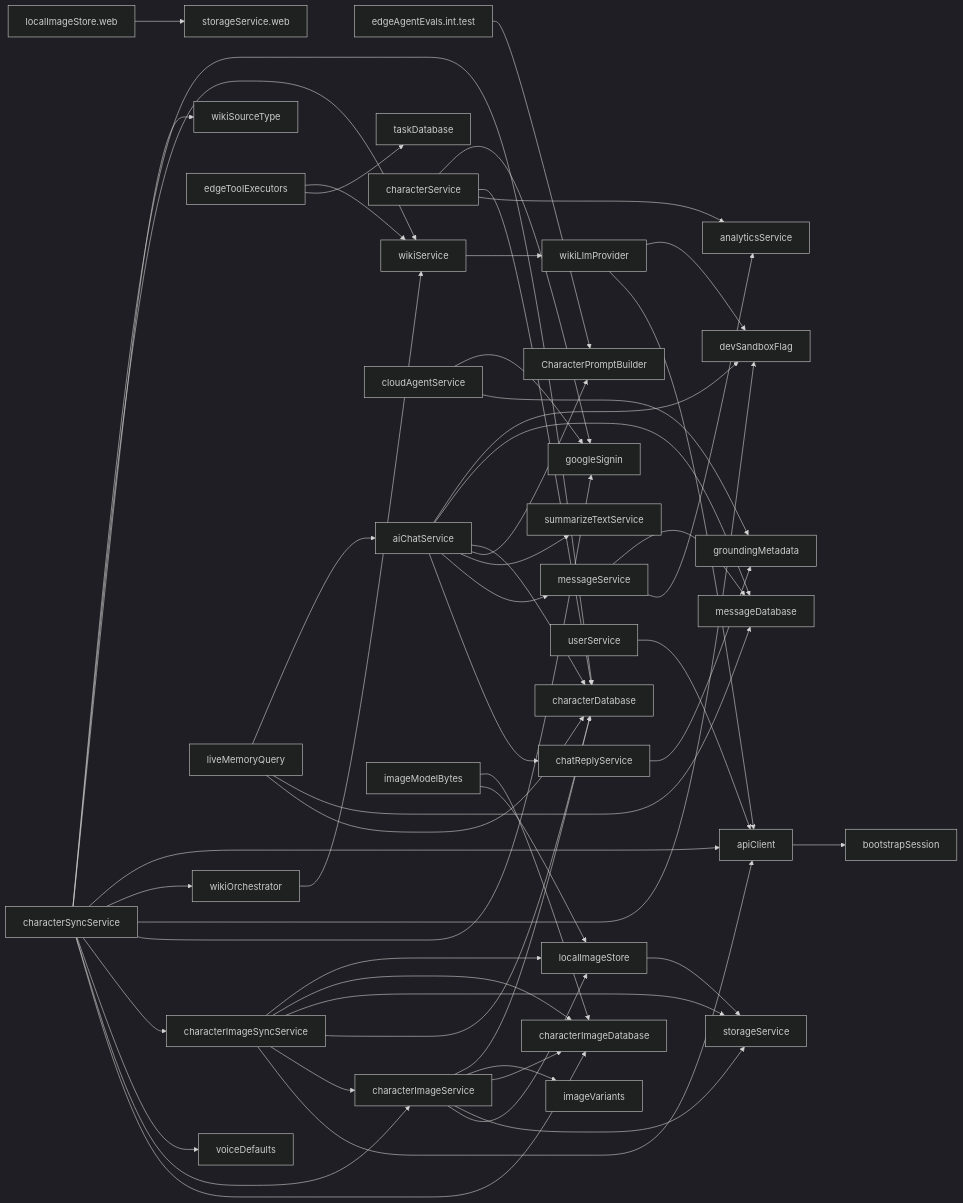
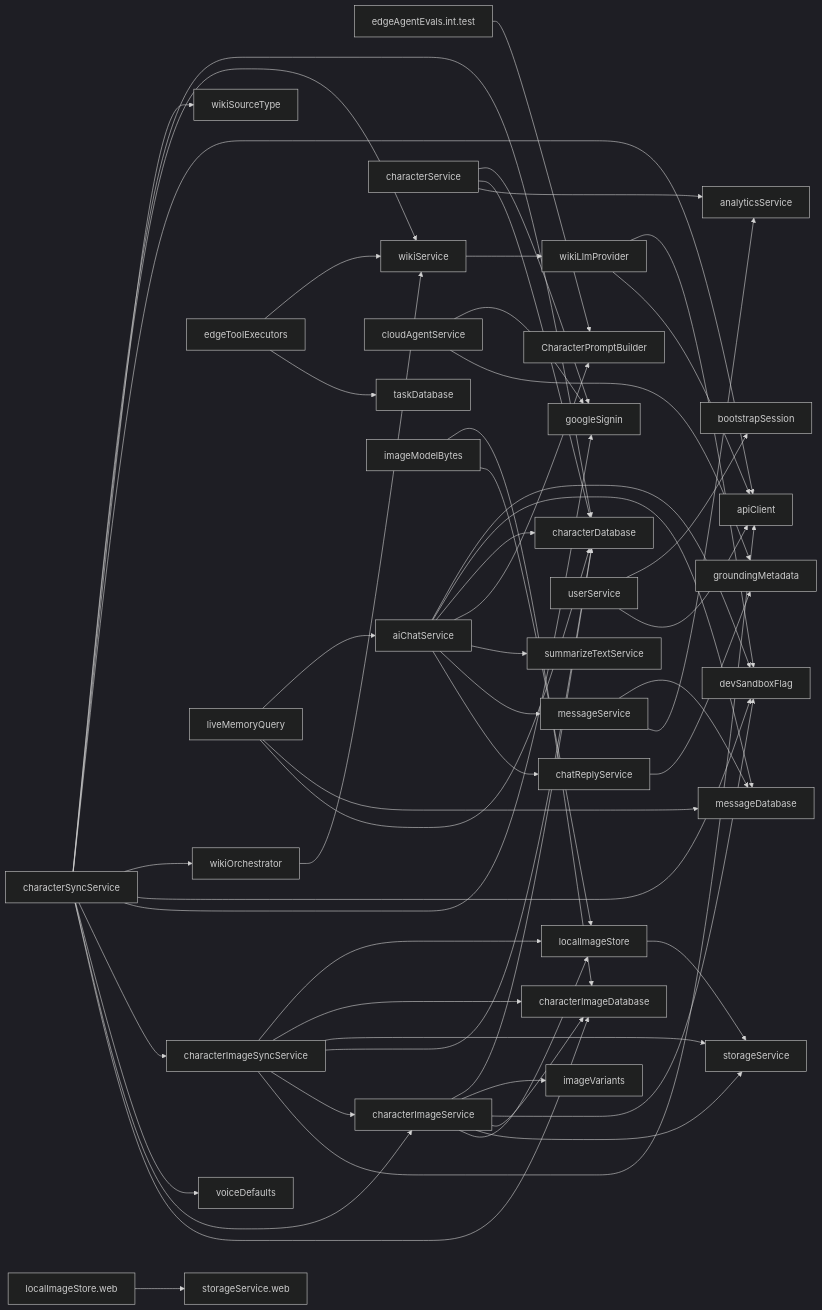
Before and after one commit to equationalapplications/clanker: the diagram in docs/flowcharts/SERVICES.md, drawn with Mermaid (dark theme). The commit also changed 2 other files, not shown here.

Commit message:
docs(flowcharts): regenerate dependency graphs
Auto-generated from the current codebase scan:

- COMPONENTS: ChatView no longer depends on useTabBarHeight
- HOOKS: useRegisterExpoPushToken now uses devSandboxFlag
- SERVICES: bootstrapSession moved from apiClient to userService;
  characterImageService now uses devSandboxFlag

````diff
--- a/docs/flowcharts/SERVICES.md
+++ b/docs/flowcharts/SERVICES.md
@@ -5,56 +5,57 @@
 ```mermaid
 graph LR
   edgeAgentEvals.int.test --> CharacterPromptBuilder
   aiChatService --> devSandboxFlag
   aiChatService --> messageDatabase
   aiChatService --> characterDatabase
   aiChatService --> CharacterPromptBuilder
   aiChatService --> summarizeTextService
   aiChatService --> messageService
   aiChatService --> chatReplyService
-  apiClient --> bootstrapSession
   characterImageService --> characterDatabase
   characterImageService --> imageVariants
+  characterImageService --> devSandboxFlag
   characterImageService --> characterImageDatabase
   characterImageService --> storageService
   characterImageService --> localImageStore
   characterImageSyncService --> localImageStore
   characterImageSyncService --> characterImageDatabase
   characterImageSyncService --> storageService
   characterImageSyncService --> characterDatabase
   characterImageSyncService --> characterImageService
   characterImageSyncService --> apiClient
   characterService --> googleSignin
   characterService --> characterDatabase
   characterService --> analyticsService
   characterSyncService --> characterDatabase
   characterSyncService --> wikiService
   characterSyncService --> wikiSourceType
   characterSyncService --> apiClient
   characterSyncService --> wikiOrchestrator
   characterSyncService --> devSandboxFlag
   characterSyncService --> googleSignin
   characterSyncService --> characterImageSyncService
   characterSyncService --> voiceDefaults
   characterSyncService --> characterImageService
   characterSyncService --> characterImageDatabase
   chatReplyService --> groundingMetadata
   cloudAgentService --> googleSignin
   cloudAgentService --> groundingMetadata
   edgeToolExecutors --> wikiService
   edgeToolExecutors --> taskDatabase
   imageModelBytes --> characterImageDatabase
   imageModelBytes --> localImageStore
   liveMemoryQuery --> aiChatService
   liveMemoryQuery --> messageDatabase
   liveMemoryQuery --> characterDatabase
   localImageStore --> storageService
   localImageStore.web --> storageService.web
   messageService --> messageDatabase
   messageService --> analyticsService
+  userService --> bootstrapSession
   userService --> apiClient
   wikiLlmProvider --> devSandboxFlag
   wikiLlmProvider --> apiClient
   wikiOrchestrator --> wikiService
   wikiService --> wikiLlmProvider
 ```
````
